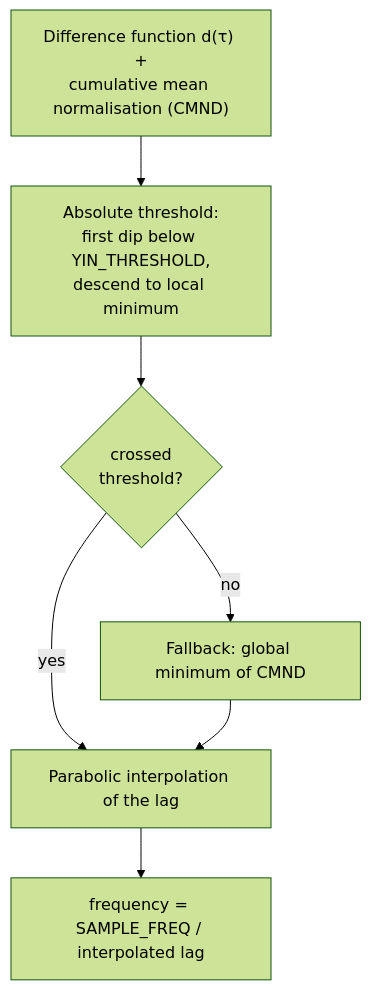
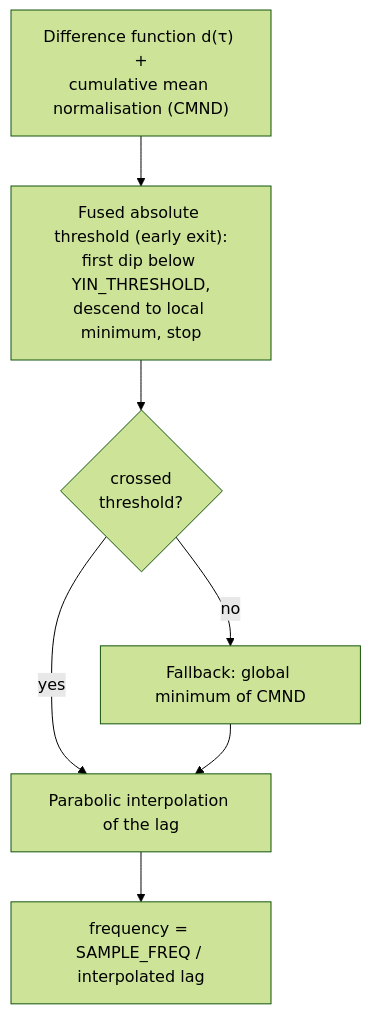
Before and after one commit to dwzg/Tuna: the first of 3 diagrams in docs/signal-processing.md, drawn with Mermaid (forest theme). The commit also changed other lines of this file and 11 other files, not shown here.

````diff
--- a/docs/signal-processing.md
+++ b/docs/signal-processing.md
@@ -61,9 +65,9 @@
 ```mermaid
 flowchart TD
-    A["Difference function d(τ) +<br/>cumulative mean normalisation (CMND)"] --> B["Absolute threshold:<br/>first dip below YIN_THRESHOLD,<br/>descend to local minimum"]
+    A["Difference function d(τ) +<br/>cumulative mean normalisation (CMND)"] --> B["Fused absolute threshold (early exit):<br/>first dip below YIN_THRESHOLD,<br/>descend to local minimum, stop"]
     B --> C{"crossed<br/>threshold?"}
     C -- no --> D["Fallback: global minimum of CMND"]
     C -- yes --> E["Parabolic interpolation of the lag"]
     D --> E
     E --> F["frequency = SAMPLE_FREQ / interpolated lag"]
 ```
````
